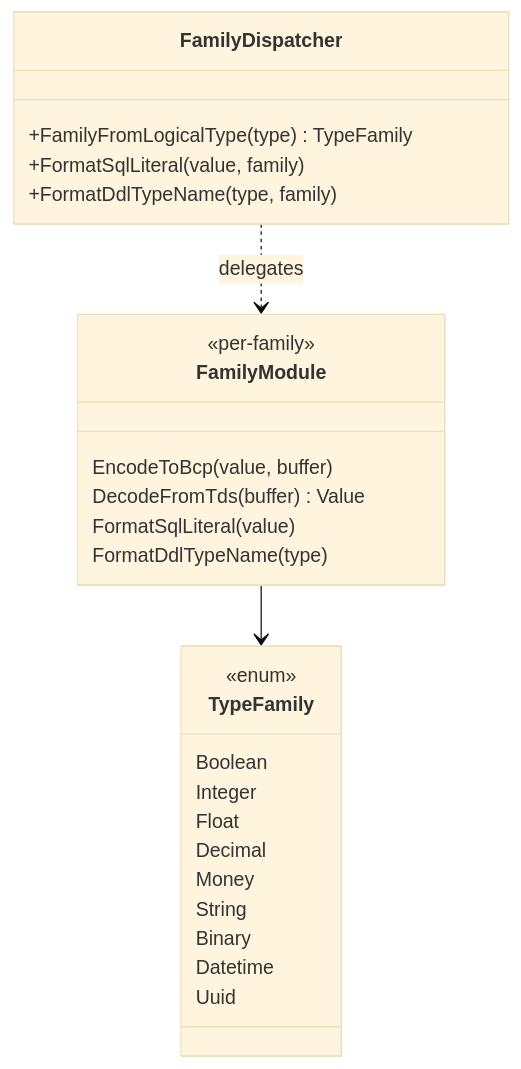
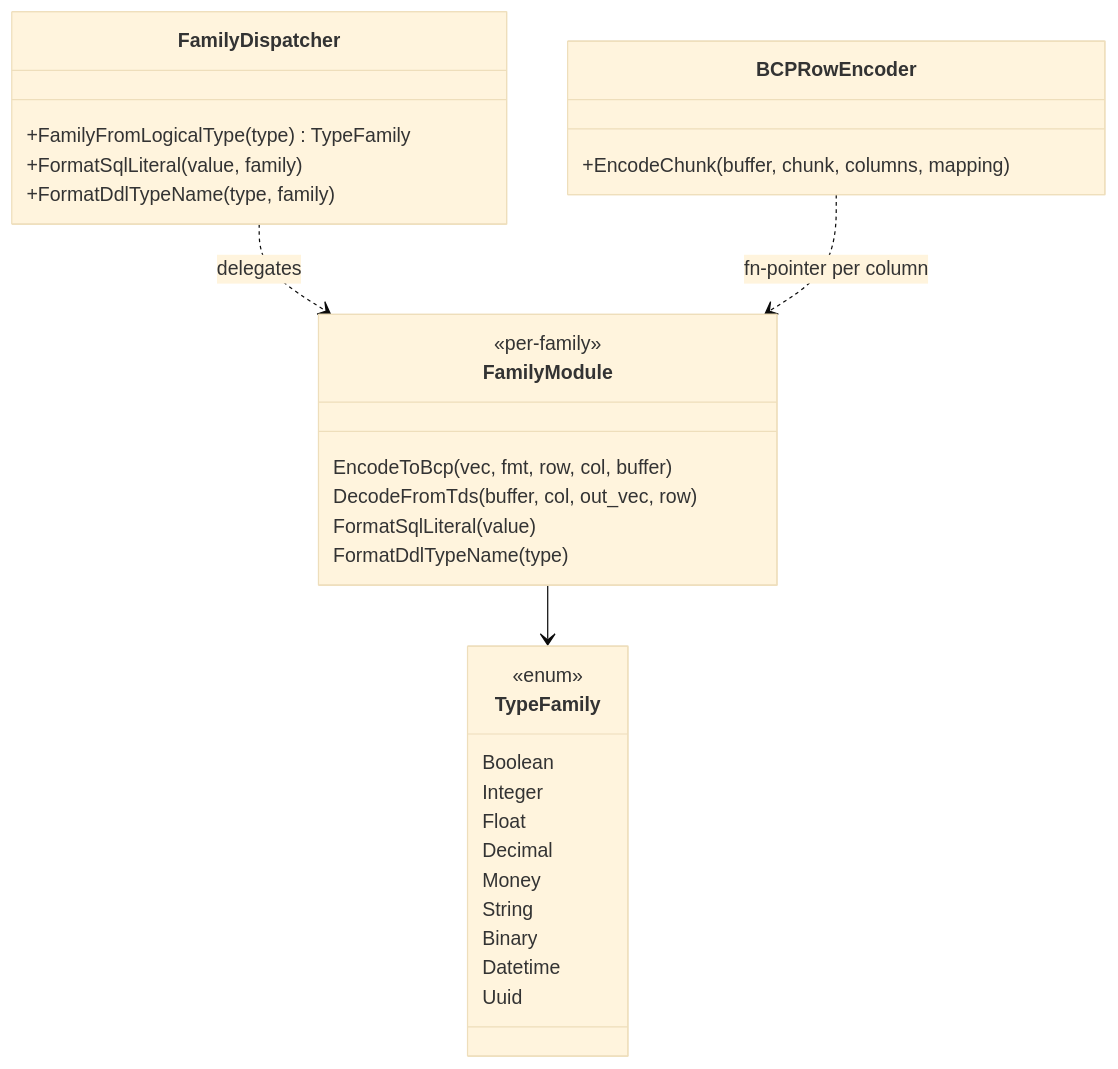
Before and after one commit to hugr-lab/mssql-extension: the tenth of 11 diagrams in DATAMODEL.md, drawn with Mermaid (base theme). The commit also changed other lines of this file and 22 other files, not shown here.

````diff
--- a/DATAMODEL.md
+++ b/DATAMODEL.md
@@ -338,29 +340,33 @@
 ```mermaid
 classDiagram
     class TypeFamily {
         <<enum>>
         Boolean
         Integer
         Float
         Decimal
         Money
         String
         Binary
         Datetime
         Uuid
     }
     class FamilyDispatcher {
         +FamilyFromLogicalType(type) TypeFamily
         +FormatSqlLiteral(value, family)
         +FormatDdlTypeName(type, family)
     }
     class FamilyModule {
         <<per-family>>
-        EncodeToBcp(value, buffer)
-        DecodeFromTds(buffer) Value
+        EncodeToBcp(vec, fmt, row, col, buffer)
+        DecodeFromTds(buffer, col, out_vec, row)
         FormatSqlLiteral(value)
         FormatDdlTypeName(type)
     }
+    class BCPRowEncoder {
+        +EncodeChunk(buffer, chunk, columns, mapping)
+    }
     FamilyDispatcher ..> FamilyModule : delegates
     FamilyModule --> TypeFamily
+    BCPRowEncoder ..> FamilyModule : fn-pointer per column
 ```
````
